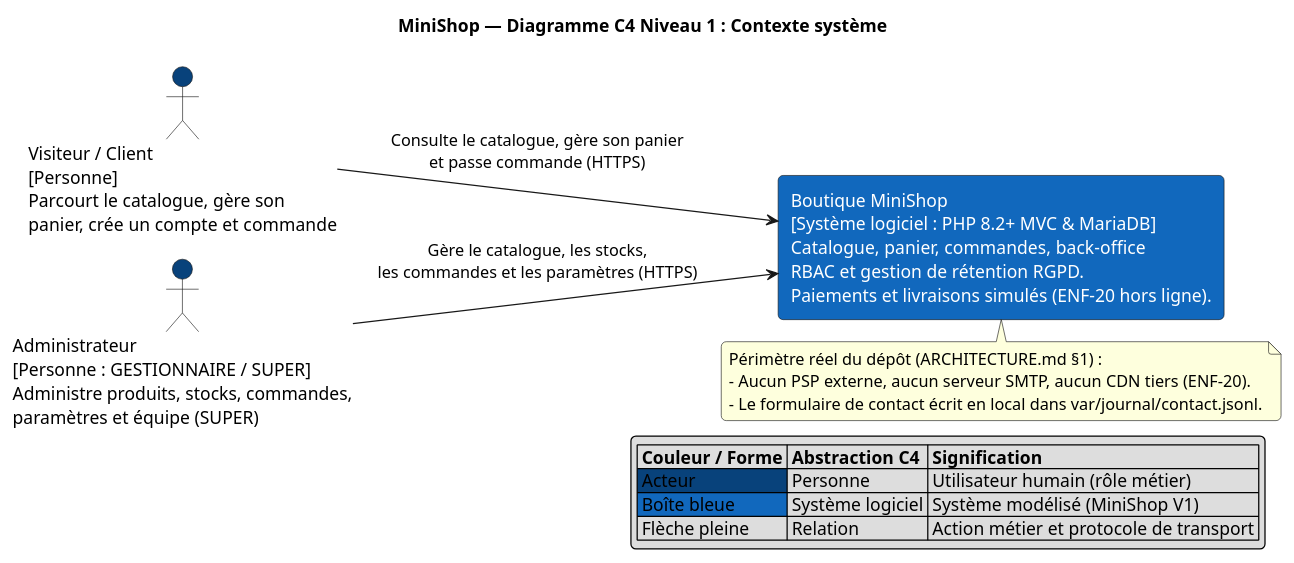
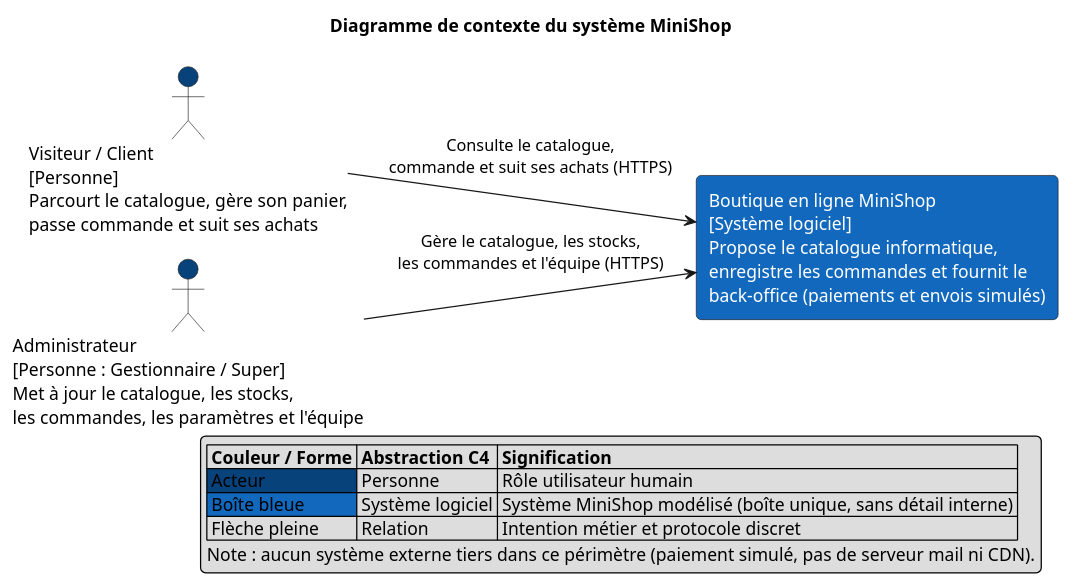
Before and after one commit to jojo8356/SAE-302: the diagram in docs/diagrams/src/c4_contexte.puml, drawn with PlantUML. The commit also changed 8 other files, not shown here.

Commit message:
docs(c4): épurer c4_contexte.puml sans détails techniques et ajouter garde C4 Contexte

```diff
--- a/docs/diagrams/src/c4_contexte.puml
+++ b/docs/diagrams/src/c4_contexte.puml
@@ -1,36 +1,42 @@
 @startuml
 ' =====================================================================
-' MiniShop — C4 Niveau 1 : Contexte système (C4 System Context)
-' Conforme c4model.com : titre, types explicites, flèches avec verbe +
-' protocole, légende. Fidèle au code V1 (aucun service SaaS externe).
+' Diagramme de contexte du système MiniShop (C4 Niveau 1)
+' Conforme à c4model.com :
+'   - Niveau 1 (public non technique et technique) : personnes + système seul.
+'   - Zéro technologie interne dans les boîtes (ni PHP, ni MariaDB, ni JSON).
+'   - Aucun système externe fictif : paiements/livraisons simulés, contact local.
+'   - Flèches unidirectionnelles avec verbe d'intention et protocole discret.
+'
+' Texte alternatif :
+'   Le diagramme de contexte du système MiniShop montre deux personnes :
+'   le Visiteur / Client, qui consulte le catalogue, gère son panier et passe
+'   commande en HTTPS, et l'Administrateur (Gestionnaire / Super), qui administre
+'   le catalogue, les stocks, les commandes, les paramètres et l'équipe en HTTPS.
+'   Au centre se trouve l'unique boîte du système logiciel Boutique en ligne MiniShop.
+'   Aucun système externe tiers n'est relié au système (maquette autonome hors ligne).
 ' =====================================================================
 !pragma layout smetana
 left to right direction
 skinparam shadowing false
 skinparam roundcorner 8
 skinparam packageStyle rectangle
 
-title MiniShop — Diagramme C4 Niveau 1 : Contexte système
+title Diagramme de contexte du système MiniShop
 
-actor "Visiteur / Client\n[Personne]\nParcourt le catalogue, gère son\npanier, crée un compte et commande" as Client #08427B
-actor "Administrateur\n[Personne : GESTIONNAIRE / SUPER]\nAdministre produits, stocks, commandes,\nparamètres et équipe (SUPER)" as Admin #08427B
+actor "Visiteur / Client\n[Personne]\nParcourt le catalogue, gère son panier,\npasse commande et suit ses achats" as Client #08427B
+actor "Administrateur\n[Personne : Gestionnaire / Super]\nMet à jour le catalogue, les stocks,\nles commandes, les paramètres et l'équipe" as Admin #08427B
 
-rectangle "Boutique MiniShop\n[Système logiciel : PHP 8.2+ MVC & MariaDB]\nCatalogue, panier, commandes, back-office\nRBAC et gestion de rétention RGPD.\nPaiements et livraisons simulés (ENF-20 hors ligne)." as MiniShop #1168BD;text:white
+rectangle "Boutique en ligne MiniShop\n[Système logiciel]\nPropose le catalogue informatique,\nenregistre les commandes et fournit le\nback-office (paiements et envois simulés)" as MiniShop #1168BD;text:white
 
-note bottom of MiniShop
-  Périmètre réel du dépôt (ARCHITECTURE.md §1) :
-  - Aucun PSP externe, aucun serveur SMTP, aucun CDN tiers (ENF-20).
-  - Le formulaire de contact écrit en local dans var/journal/contact.jsonl.
-end note
-
-Client --> MiniShop : "Consulte le catalogue, gère son panier\net passe commande (HTTPS)"
-Admin --> MiniShop : "Gère le catalogue, les stocks,\nles commandes et les paramètres (HTTPS)"
+Client --> MiniShop : "Consulte le catalogue,\ncommande et suit ses achats (HTTPS)"
+Admin --> MiniShop : "Gère le catalogue, les stocks,\nles commandes et l'équipe (HTTPS)"
 
 legend right
   |= Couleur / Forme |= Abstraction C4 |= Signification |
-  | <#08427B> Acteur | Personne | Utilisateur humain (rôle métier) |
-  | <#1168BD> Boîte bleue | Système logiciel | Système modélisé (MiniShop V1) |
-  | Flèche pleine | Relation | Action métier et protocole de transport |
+  | <#08427B> Acteur | Personne | Rôle utilisateur humain |
+  | <#1168BD> Boîte bleue | Système logiciel | Système MiniShop modélisé (boîte unique, sans détail interne) |
+  | Flèche pleine | Relation | Intention métier et protocole discret |
+  Note : aucun système externe tiers dans ce périmètre (paiement simulé, pas de serveur mail ni CDN).
 endlegend
 
 @enduml
```
